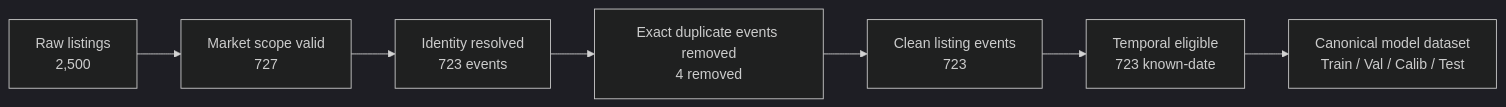
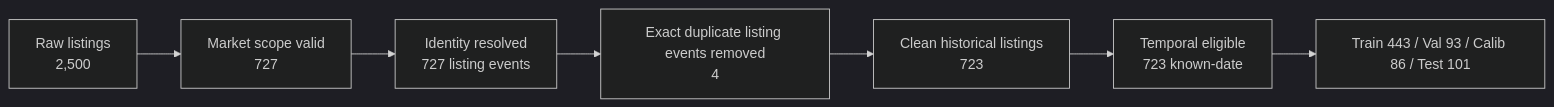
One commit to haminhthong/HCMC-Real-Estate-Price-Intelligence changed the second of 2 diagrams in README.md. Above: the diagram before and after it, drawn with Mermaid (dark theme). The commit also changed other lines of this file and 99 other files, not shown here.

````diff
--- a/README.md
+++ b/README.md
@@ -139,9 +168,9 @@
 ```mermaid
 flowchart LR
     A[Raw listings\n2,500] --> B[Market scope valid\n727]
-    B --> C[Identity resolved\n723 events]
-    C --> D[Exact duplicate events removed\n4 removed]
-    D --> E[Clean listing events\n723]
+    B --> C[Identity resolved\n727 listing events]
+    C --> D[Exact duplicate listing events removed\n4]
+    D --> E[Clean historical listings\n723]
     E --> F[Temporal eligible\n723 known-date]
-    F --> G[Canonical model dataset\nTrain / Val / Calib / Test]
+    F --> G[Train 443 / Val 93 / Calib 86 / Test 101]
 ```
````
